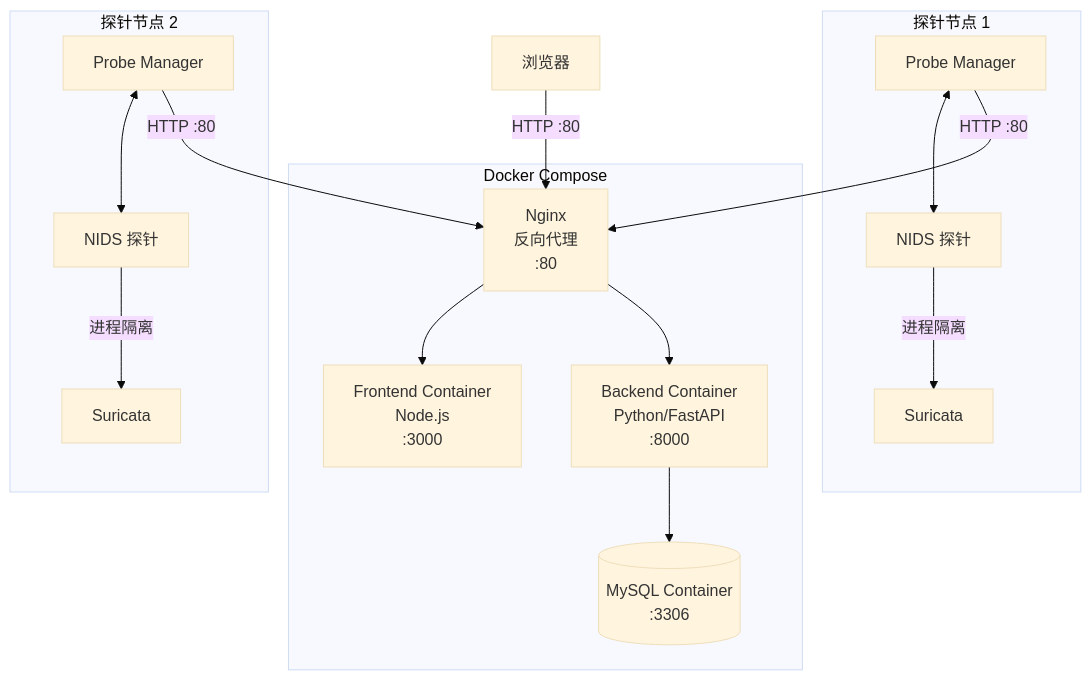
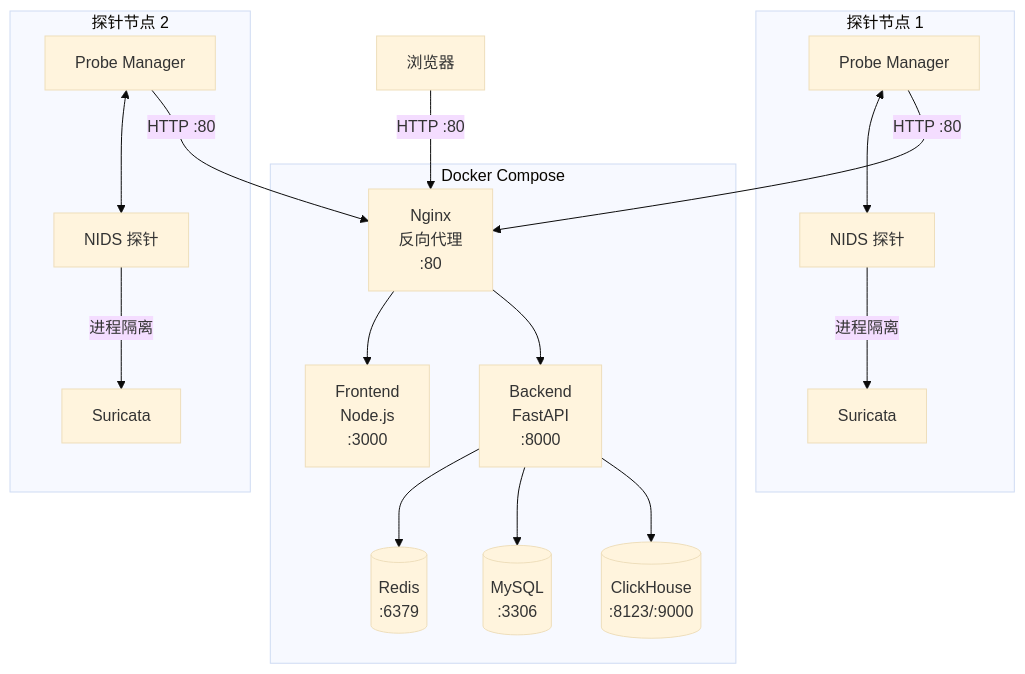
Before and after one commit to chenlehua/ai-idps: the tenth of 19 diagrams in specs/0001-spec.md, drawn with Mermaid (base theme). The commit also changed other lines of this file, not shown here.

Commit message:
feat: optimize architecture

````diff
--- a/specs/0001-spec.md
+++ b/specs/0001-spec.md
@@ -459,33 +825,37 @@
 ```mermaid
 graph TB
-    subgraph Docker Compose
+    subgraph DockerCompose["Docker Compose"]
         nginx[Nginx<br/>反向代理<br/>:80]
-        frontend[Frontend Container<br/>Node.js<br/>:3000]
-        backend[Backend Container<br/>Python/FastAPI<br/>:8000]
-        mysql[(MySQL Container<br/>:3306)]
+        frontend[Frontend<br/>Node.js<br/>:3000]
+        backend[Backend<br/>FastAPI<br/>:8000]
+        redis[(Redis<br/>:6379)]
+        mysql[(MySQL<br/>:3306)]
+        clickhouse[(ClickHouse<br/>:8123/:9000)]
 
         nginx --> frontend
         nginx --> backend
+        backend --> redis
         backend --> mysql
+        backend --> clickhouse
     end
 
     subgraph ProbeNode1["探针节点 1"]
         PM1[Probe Manager]
         NIDS1[NIDS 探针]
         SR1[Suricata]
         PM1 <--> NIDS1
         NIDS1 -->|进程隔离| SR1
     end
 
     subgraph ProbeNode2["探针节点 2"]
         PM2[Probe Manager]
         NIDS2[NIDS 探针]
         SR2[Suricata]
         PM2 <--> NIDS2
         NIDS2 -->|进程隔离| SR2
     end
 
     PM1 -->|HTTP :80| nginx
     PM2 -->|HTTP :80| nginx
     Browser[浏览器] -->|HTTP :80| nginx
 ```
````
